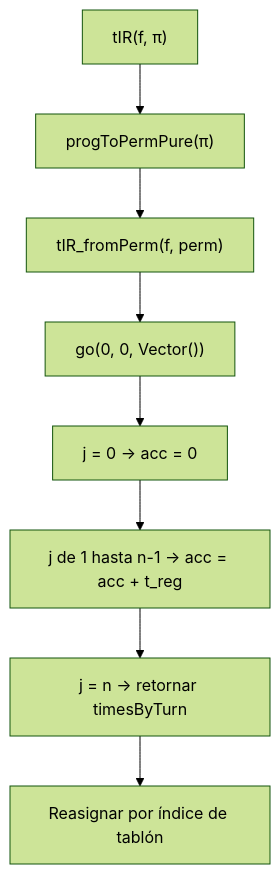
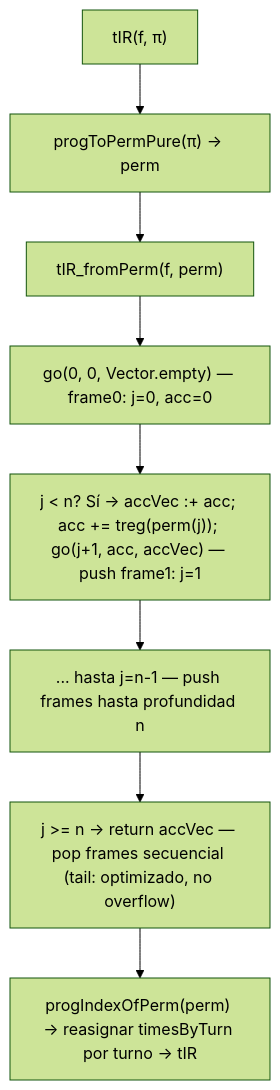
One commit to 2025-II-PFC-FLP/proyecto-final-pfc-2025-ii-coronamos changed the first of 4 diagrams in docs/PDF.md. Above: the diagram before and after it, drawn with Mermaid (forest theme). The commit also changed other lines of this file and 1 other file, not shown here.

````diff
--- a/docs/PDF.md
+++ b/docs/PDF.md
@@ -90,11 +58,10 @@
 ```mermaid
 flowchart TD
-    A["tIR(f, π)"]
---> B["progToPermPure(π)"]
---> C["tIR_fromPerm(f, perm)"]
---> D["go(0, 0, Vector())"]
---> E["j = 0 → acc = 0"]
---> F["j de 1 hasta n-1 → acc = acc + t_reg"]
---> G["j = n → retornar timesByTurn"]
---> H["Reasignar por índice de tablón"]
+    A["tIR(f, π)"] --> B["progToPermPure(π) → perm"]
+    B --> C["tIR_fromPerm(f, perm)"]
+    C --> D["go(0, 0, Vector.empty) — frame0: j=0, acc=0"]
+    D --> E["j < n? Sí → accVec :+ acc; acc += treg(perm(j)); go(j+1, acc, accVec) — push frame1: j=1"]
+    E --> F["... hasta j=n-1 — push frames hasta profundidad n"]
+    F --> G["j >= n → return accVec — pop frames secuencial (tail: optimizado, no overflow)"]
+    G --> H["progIndexOfPerm(perm) → reasignar timesByTurn por turno → tIR"]
 ```
````
